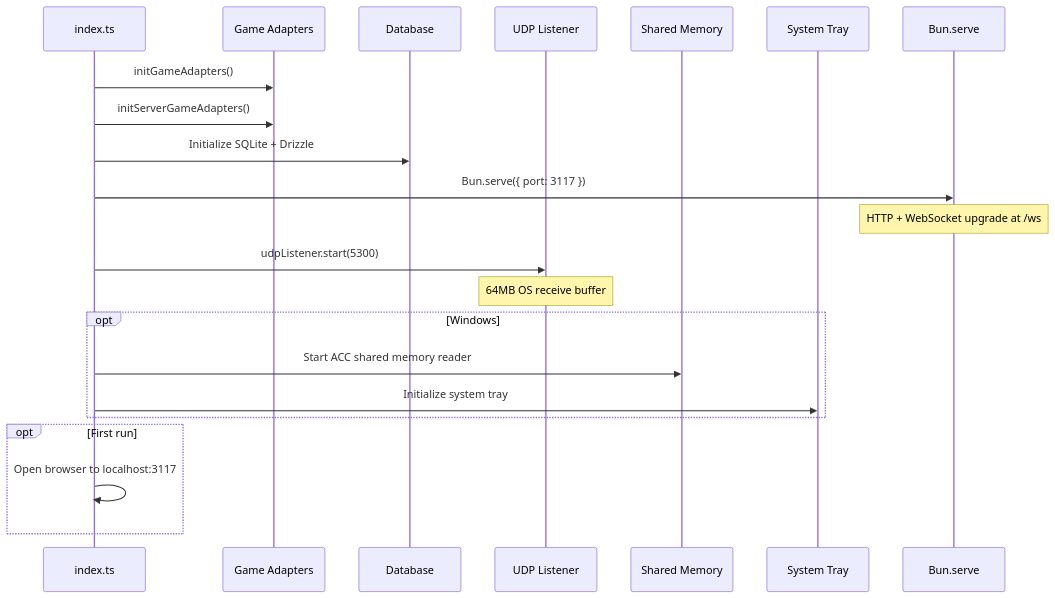
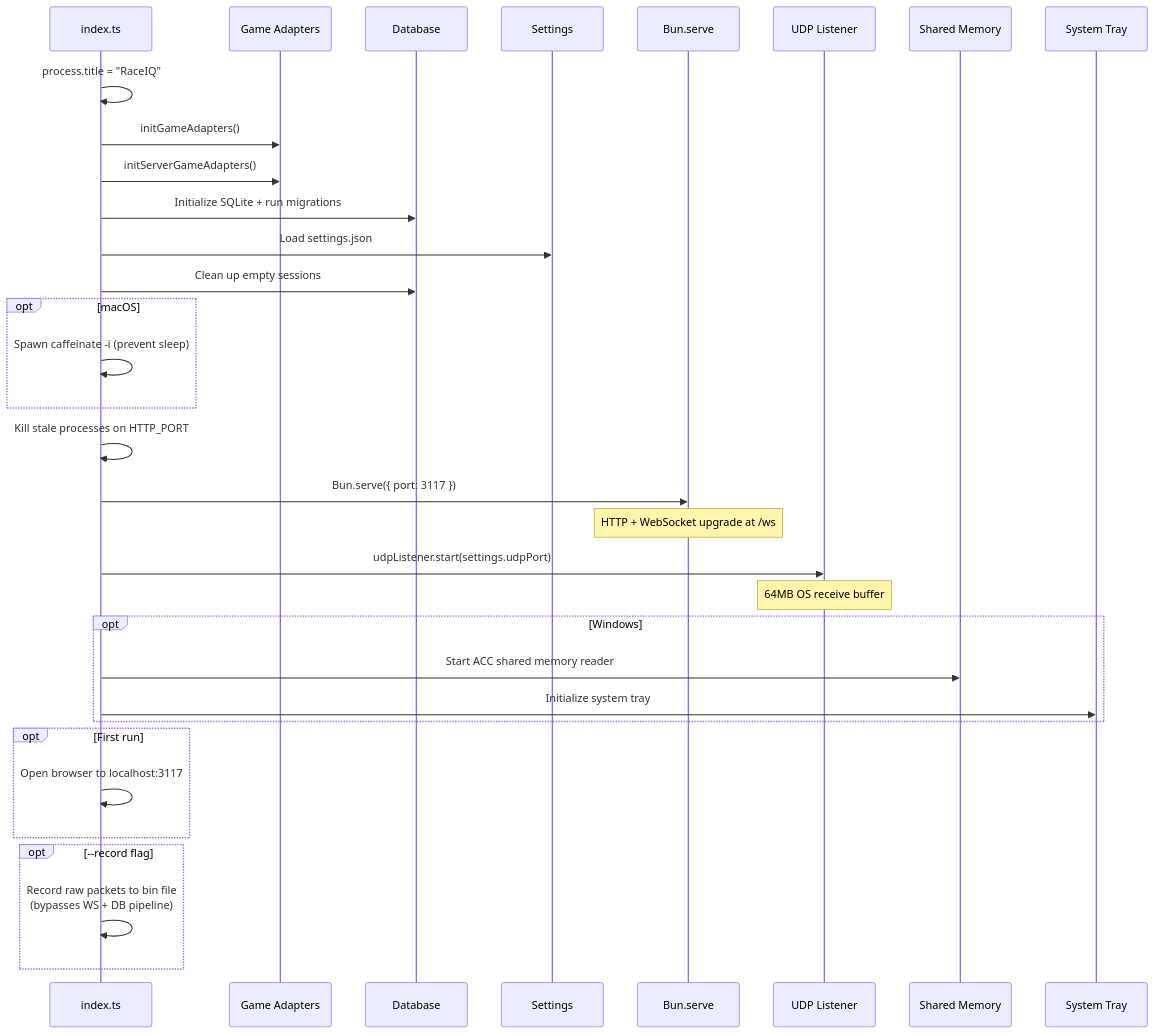
One commit to calebklc/RaceIQ changed the ninth of 12 diagrams in ARCHITECTURE.md. Above: the diagram before and after it, drawn with Mermaid. The commit also changed other lines of this file, not shown here.

````diff
--- a/ARCHITECTURE.md
+++ b/ARCHITECTURE.md
@@ -315,27 +557,41 @@
 ```mermaid
 sequenceDiagram
     participant Main as index.ts
     participant GA as Game Adapters
     participant DB as Database
+    participant Settings as Settings
+    participant HTTP as Bun.serve
     participant UDP as UDP Listener
     participant SHM as Shared Memory
     participant Tray as System Tray
-    participant HTTP as Bun.serve
 
+    Main->>Main: process.title = "RaceIQ"
     Main->>GA: initGameAdapters()
     Main->>GA: initServerGameAdapters()
-    Main->>DB: Initialize SQLite + Drizzle
+    Main->>DB: Initialize SQLite + run migrations
+    Main->>Settings: Load settings.json
+    Main->>DB: Clean up empty sessions
+
+    opt macOS
+        Main->>Main: Spawn caffeinate -i (prevent sleep)
+    end
+
+    Main->>Main: Kill stale processes on HTTP_PORT
     Main->>HTTP: Bun.serve({ port: 3117 })
     Note over HTTP: HTTP + WebSocket upgrade at /ws
-    Main->>UDP: udpListener.start(5300)
+    Main->>UDP: udpListener.start(settings.udpPort)
     Note over UDP: 64MB OS receive buffer
 
     opt Windows
         Main->>SHM: Start ACC shared memory reader
         Main->>Tray: Initialize system tray
     end
 
     opt First run
         Main->>Main: Open browser to localhost:3117
     end
+
+    opt --record flag
+        Main->>Main: Record raw packets to bin file<br/>(bypasses WS + DB pipeline)
+    end
 ```
````
